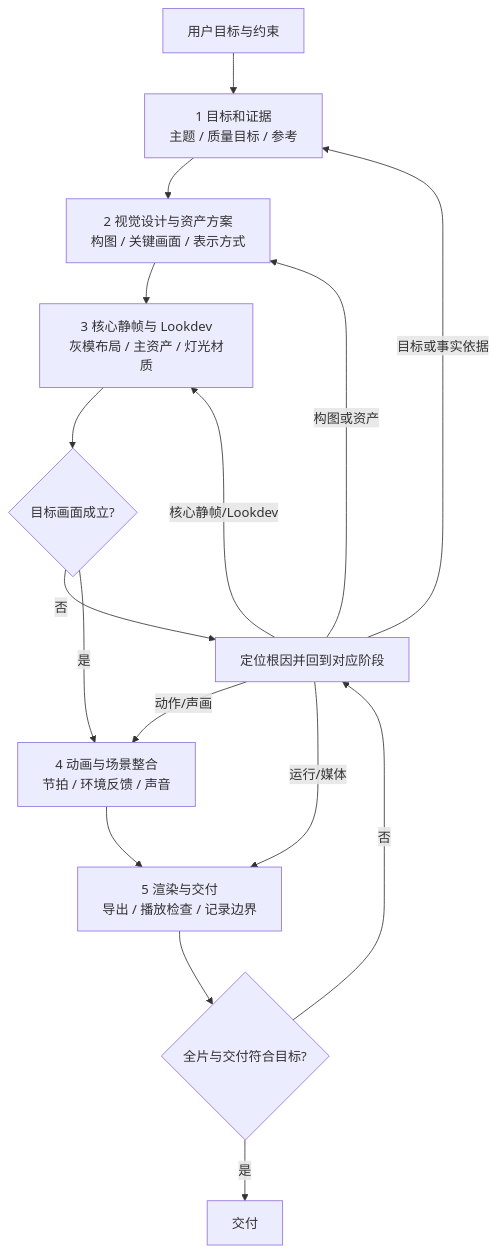
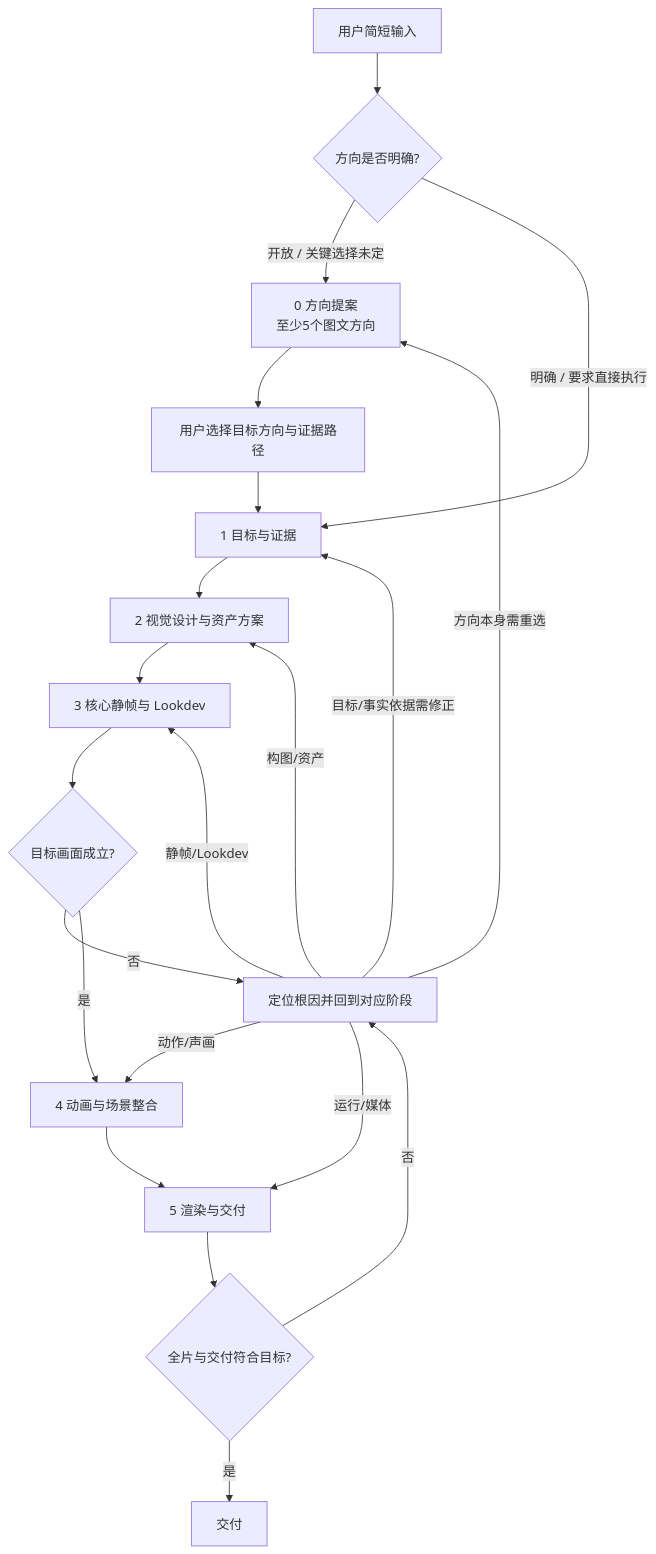
One commit to keycasiter/threejs-anime-short changed the diagram in SKILL.md. Above: the diagram before and after it, drawn with Mermaid. The commit also changed other lines of this file, not shown here.

Commit message:
docs: add creative direction discovery stage

````diff
--- a/SKILL.md
+++ b/SKILL.md
@@ -30,18 +30,23 @@
 ```mermaid
 flowchart TD
-  A[用户目标与约束] --> B[1 目标和证据<br/>主题 / 质量目标 / 参考]
-  B --> C[2 视觉设计与资产方案<br/>构图 / 关键画面 / 表示方式]
-  C --> D[3 核心静帧与 Lookdev<br/>灰模布局 / 主资产 / 灯光材质]
-  D --> E{目标画面成立?}
-  E -- 否 --> X[定位根因并回到对应阶段]
-  E -- 是 --> F[4 动画与场景整合<br/>节拍 / 环境反馈 / 声音]
-  F --> G[5 渲染与交付<br/>导出 / 播放检查 / 记录边界]
-  G --> H{全片与交付符合目标?}
-  H -- 否 --> X
-  H -- 是 --> I[交付]
-  X -->|目标或事实依据| B
-  X -->|构图或资产| C
-  X -->|核心静帧/Lookdev| D
-  X -->|动作/声画| F
-  X -->|运行/媒体| G
+  A[用户简短输入] --> B{方向是否明确?}
+  B -- 开放 / 关键选择未定 --> C[0 方向提案<br/>至少5个图文方向]
+  B -- 明确 / 要求直接执行 --> D[1 目标与证据]
+  C --> E[用户选择目标方向与证据路径]
+  E --> D
+  D --> F[2 视觉设计与资产方案]
+  F --> G[3 核心静帧与 Lookdev]
+  G --> H{目标画面成立?}
+  H -- 否 --> X[定位根因并回到对应阶段]
+  H -- 是 --> I[4 动画与场景整合]
+  I --> J[5 渲染与交付]
+  J --> K{全片与交付符合目标?}
+  K -- 否 --> X
+  K -- 是 --> L[交付]
+  X -->|方向本身需重选| C
+  X -->|目标/事实依据需修正| D
+  X -->|构图/资产| F
+  X -->|静帧/Lookdev| G
+  X -->|动作/声画| I
+  X -->|运行/媒体| J
 ```
````
